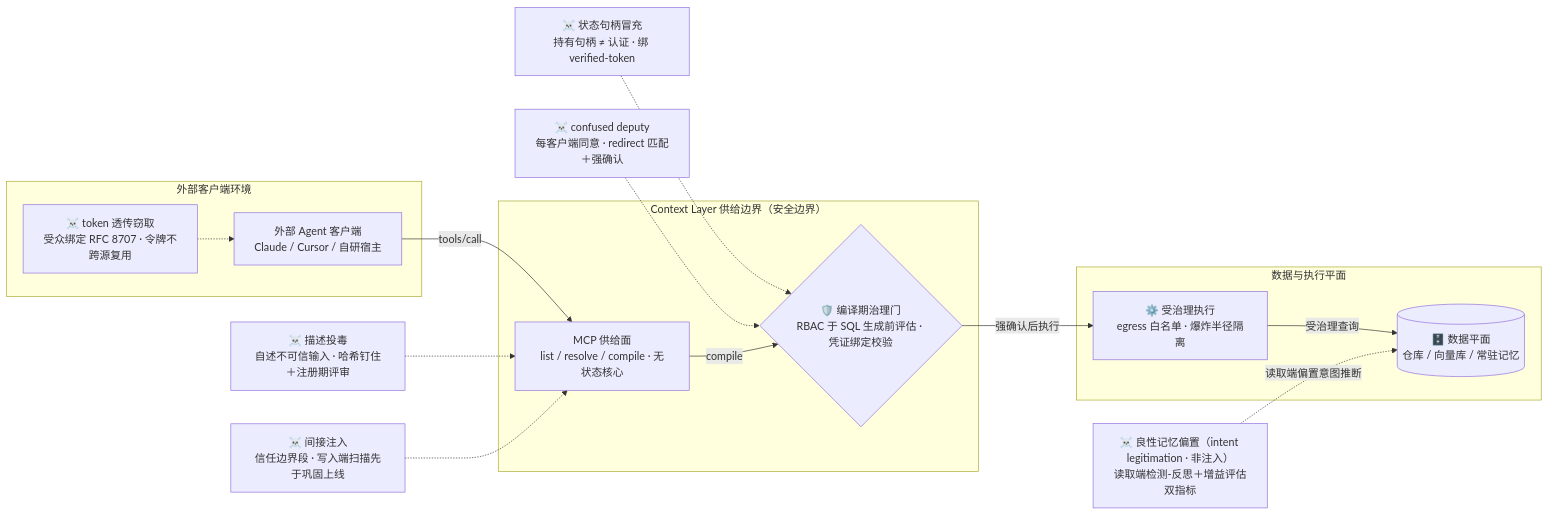
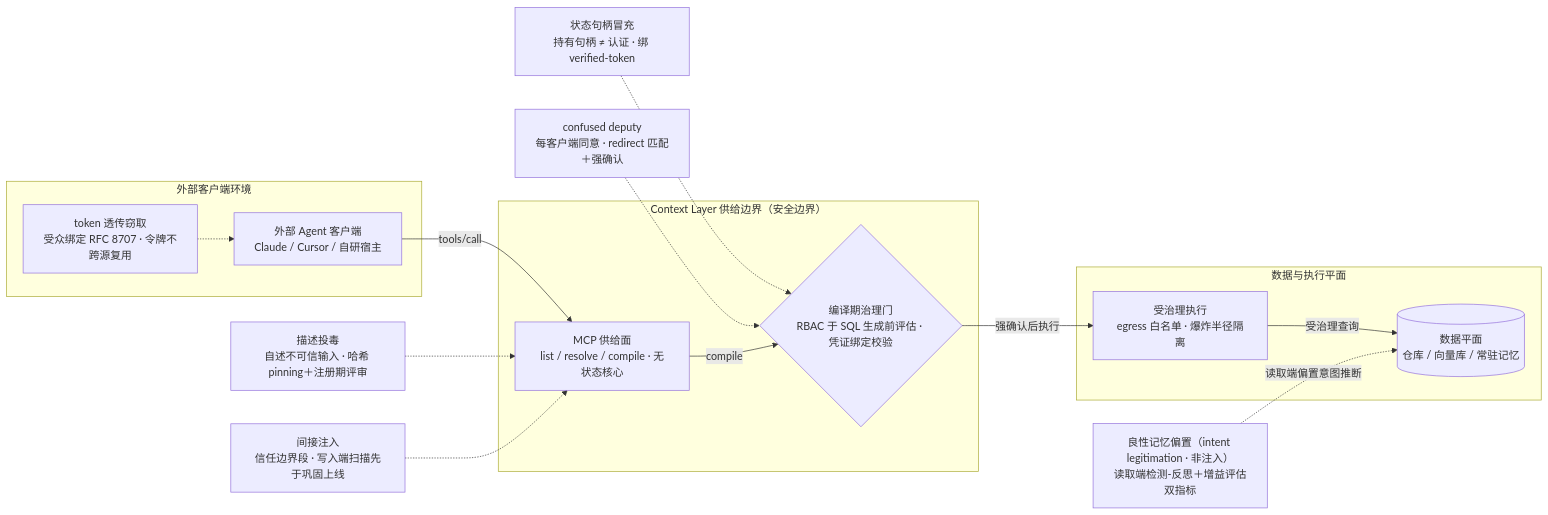
Before and after one commit to ThreeFish-AI/negentropy: the diagram in docs/assets/mermaid/cognitive-context/context-layer-blueprint--mcp-threat-model.mmd, drawn with Mermaid. The commit also changed 111 other files, not shown here.

First line of the commit message:
docs(cognitive-context): 13 张 Context Layer 配图去比喻重渲——candidate 全量入库、节点拓扑坐标零变动;

```diff
--- a/docs/assets/mermaid/cognitive-context/context-layer-blueprint--mcp-threat-model.mmd
+++ b/docs/assets/mermaid/cognitive-context/context-layer-blueprint--mcp-threat-model.mmd
@@ -1,32 +1,32 @@
 %%source: docs/research/cognitive-context/013-context-layer-blueprint.md §5.4–§5.5 供给面威胁模型与记忆供给面（intent legitimation 增补）
 %%slug: cognitive-context/context-layer-blueprint--mcp-threat-model
 %%type: architecture
-%%derived: archify architecture v2, 六威胁重排＋intent legitimation 行与「写入端扫描先于巩固上线」时序注（对齐 013 §5.4–§5.5 重铸稿）
+%%derived: archify architecture v2, 六威胁重排＋intent legitimation 行与「写入端扫描先于巩固上线」时序注（对齐 013 §5.4–§5.5 重写稿）
 flowchart LR
     subgraph EXT["外部客户端环境"]
-        TT["☠️ token 透传窃取<br/>受众绑定 RFC 8707 · 令牌不跨源复用"]
+        TT["token 透传窃取<br/>受众绑定 RFC 8707 · 令牌不跨源复用"]
         AG["外部 Agent 客户端<br/>Claude / Cursor / 自研宿主"]
     end
     subgraph SUP["Context Layer 供给边界（安全边界）"]
         MCP["MCP 供给面<br/>list / resolve / compile · 无状态核心"]
-        CG{"🛡️ 编译期治理门<br/>RBAC 于 SQL 生成前评估 · 凭证绑定校验"}
+        CG{"编译期治理门<br/>RBAC 于 SQL 生成前评估 · 凭证绑定校验"}
     end
     subgraph DAT["数据与执行平面"]
-        EX["⚙️ 受治理执行<br/>egress 白名单 · 爆炸半径隔离"]
-        DA[("🗄️ 数据平面<br/>仓库 / 向量库 / 常驻记忆")]
+        EX["受治理执行<br/>egress 白名单 · 爆炸半径隔离"]
+        DA[("数据平面<br/>仓库 / 向量库 / 常驻记忆")]
     end
-    TP["☠️ 描述投毒<br/>自述不可信输入 · 哈希钉住＋注册期评审"]
-    HS["☠️ 状态句柄冒充<br/>持有句柄 ≠ 认证 · 绑 verified-token"]
-    INJ["☠️ 间接注入<br/>信任边界段 · 写入端扫描先于巩固上线"]
-    CD["☠️ confused deputy<br/>每客户端同意 · redirect 匹配＋强确认"]
-    LG["☠️ 良性记忆偏置（intent legitimation · 非注入）<br/>读取端检测-反思＋增益评估双指标"]
+    TP["描述投毒<br/>自述不可信输入 · 哈希 pinning＋注册期评审"]
+    HS["状态句柄冒充<br/>持有句柄 ≠ 认证 · 绑 verified-token"]
+    INJ["间接注入<br/>信任边界段 · 写入端扫描先于巩固上线"]
+    CD["confused deputy<br/>每客户端同意 · redirect 匹配＋强确认"]
+    LG["良性记忆偏置（intent legitimation · 非注入）<br/>读取端检测-反思＋增益评估双指标"]
     TT -.-> AG
     AG -->|"tools/call"| MCP
     TP -.-> MCP
     HS -.-> CG
     INJ -.-> MCP
     CD -.-> CG
     MCP -->|"compile"| CG
     CG -->|"强确认后执行"| EX
     EX -->|"受治理查询"| DA
     LG -.->|"读取端偏置意图推断"| DA
```
